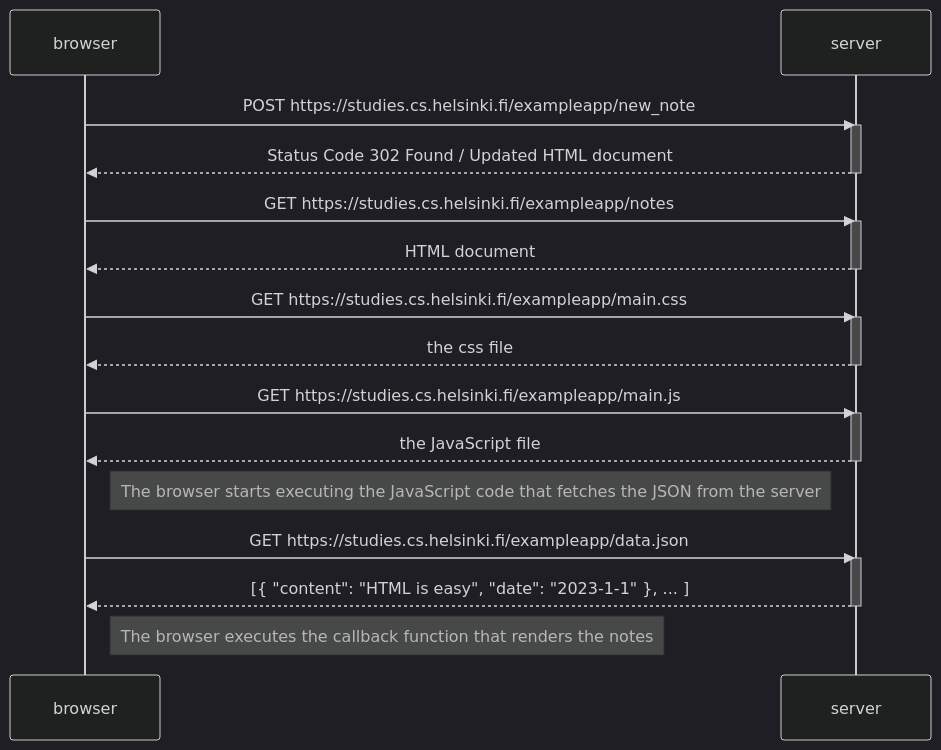
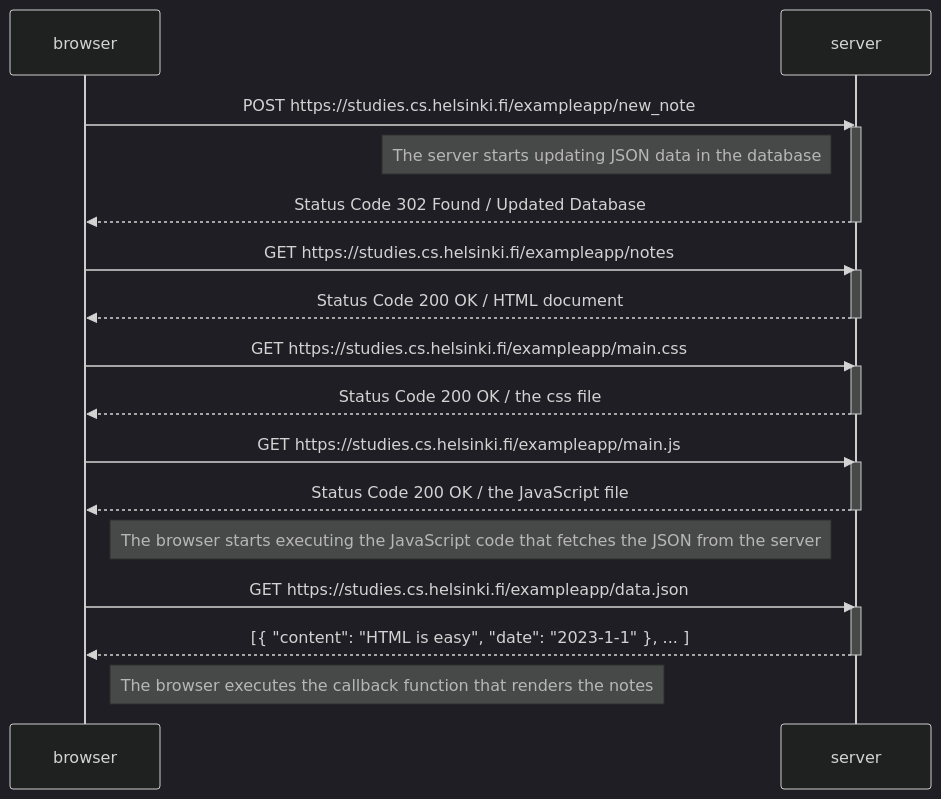
Before and after one commit to Muhammad-Uzair99/Full_Stack_Open_2023: the diagram in 0.4_New_note_diagram.md, drawn with Mermaid (dark theme).

Commit message:
Corrected the POST method working

````diff
--- a/0.4_New_note_diagram.md
+++ b/0.4_New_note_diagram.md
@@ -3,33 +3,34 @@
 ```mermaid
 sequenceDiagram
 
     browser->>server: POST https://studies.cs.helsinki.fi/exampleapp/new_note
     activate server
-    server-->>browser: Status Code 302 Found / Updated HTML document
+    Note left of server: The server starts updating JSON data in the database
+    server-->>browser: Status Code 302 Found / Updated Database
     deactivate server
 
     browser->>server: GET https://studies.cs.helsinki.fi/exampleapp/notes
     activate server
-    server-->>browser: HTML document
+    server-->>browser: Status Code 200 OK / HTML document
     deactivate server
 
     browser->>server: GET https://studies.cs.helsinki.fi/exampleapp/main.css
     activate server
-    server-->>browser: the css file
+    server-->>browser: Status Code 200 OK / the css file
     deactivate server
 
     browser->>server: GET https://studies.cs.helsinki.fi/exampleapp/main.js
     activate server
-    server-->>browser: the JavaScript file
+    server-->>browser: Status Code 200 OK / the JavaScript file
     deactivate server
 
     Note right of browser: The browser starts executing the JavaScript code that fetches the JSON from the server
 
     browser->>server: GET https://studies.cs.helsinki.fi/exampleapp/data.json
     activate server
     server-->>browser: [{ "content": "HTML is easy", "date": "2023-1-1" }, ... ]
     deactivate server
 
     Note right of browser: The browser executes the callback function that renders the notes
 
 ```
````
